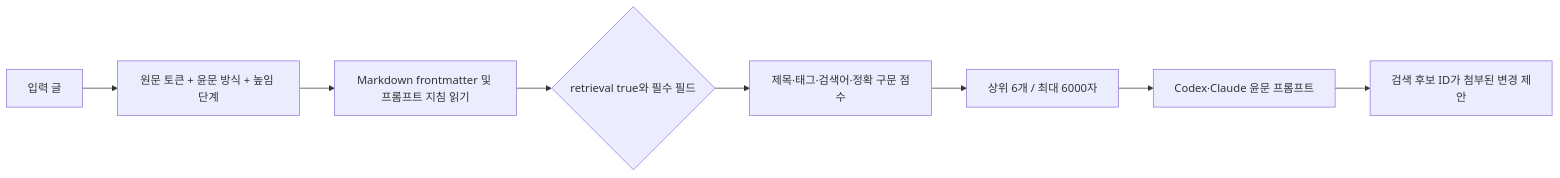
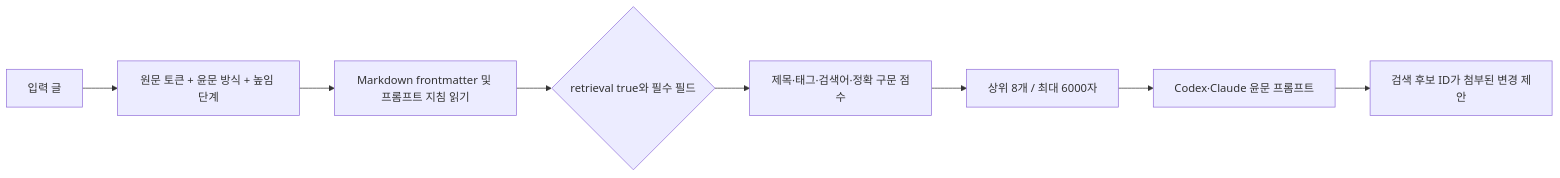
One commit to kuseumkkrkkr/KR-humanizer changed the fourth of 8 diagrams in README.md. Above: the diagram before and after it, drawn with Mermaid. The commit also changed other lines of this file and 32 other files, not shown here.

````diff
--- a/README.md
+++ b/README.md
@@ -277,10 +277,10 @@
 ```mermaid
 flowchart LR
   Text[입력 글] --> Query[원문 토큰 + 윤문 방식 + 높임 단계]
   Query --> Scan[Markdown frontmatter 및 프롬프트 지침 읽기]
   Scan --> Filter{retrieval true와 필수 필드}
   Filter --> Score[제목·태그·검색어·정확 구문 점수]
-  Score --> Top[상위 6개 / 최대 6000자]
+  Score --> Top[상위 8개 / 최대 6000자]
   Top --> Prompt[Codex·Claude 윤문 프롬프트]
   Prompt --> Proposal[검색 후보 ID가 첨부된 변경 제안]
 ```
````
